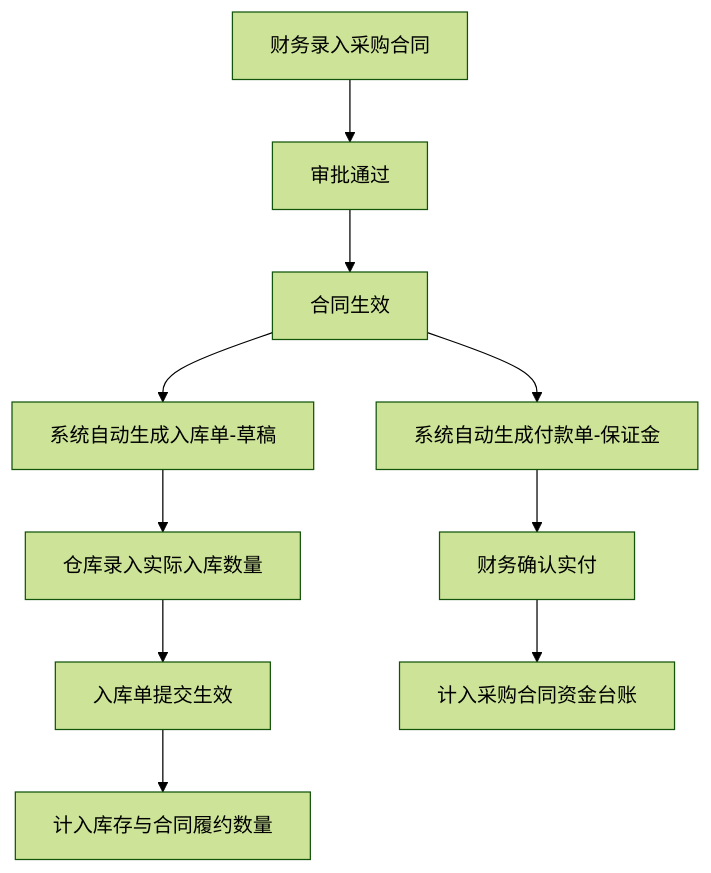
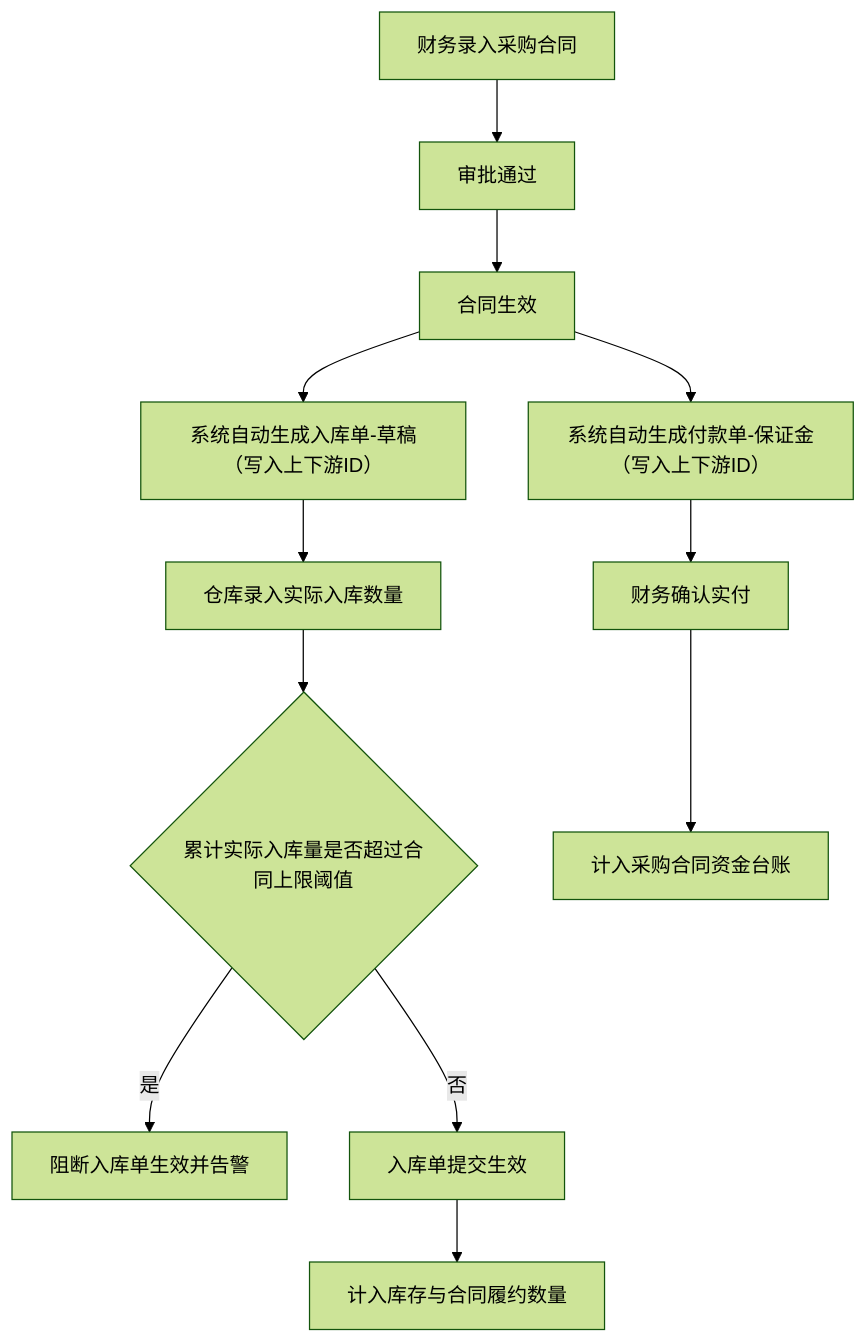
Before and after one commit to nancyxjp2019/jgport-supply: the first of 11 diagrams in docs/V6阶段A-流程图状态机与UI原型清单.md, drawn with Mermaid (forest theme). The commit also changed other lines of this file and 1 other file, not shown here.

````diff
--- a/docs/V6阶段A-流程图状态机与UI原型清单.md
+++ b/docs/V6阶段A-流程图状态机与UI原型清单.md
@@ -12,12 +12,14 @@
 ```mermaid
 flowchart TD
     A[财务录入采购合同] --> B[审批通过]
     B --> C[合同生效]
-    C --> D[系统自动生成付款单-保证金]
-    C --> E[系统自动生成入库单-草稿]
+    C --> D[系统自动生成付款单-保证金（写入上下游ID）]
+    C --> E[系统自动生成入库单-草稿（写入上下游ID）]
     E --> F[仓库录入实际入库数量]
-    F --> G[入库单提交生效]
+    F --> F1{累计实际入库量是否超过合同上限阈值}
+    F1 -->|是| F2[阻断入库单生效并告警]
+    F1 -->|否| G[入库单提交生效]
     G --> H[计入库存与合同履约数量]
     D --> I[财务确认实付]
     I --> J[计入采购合同资金台账]
 ```
````
